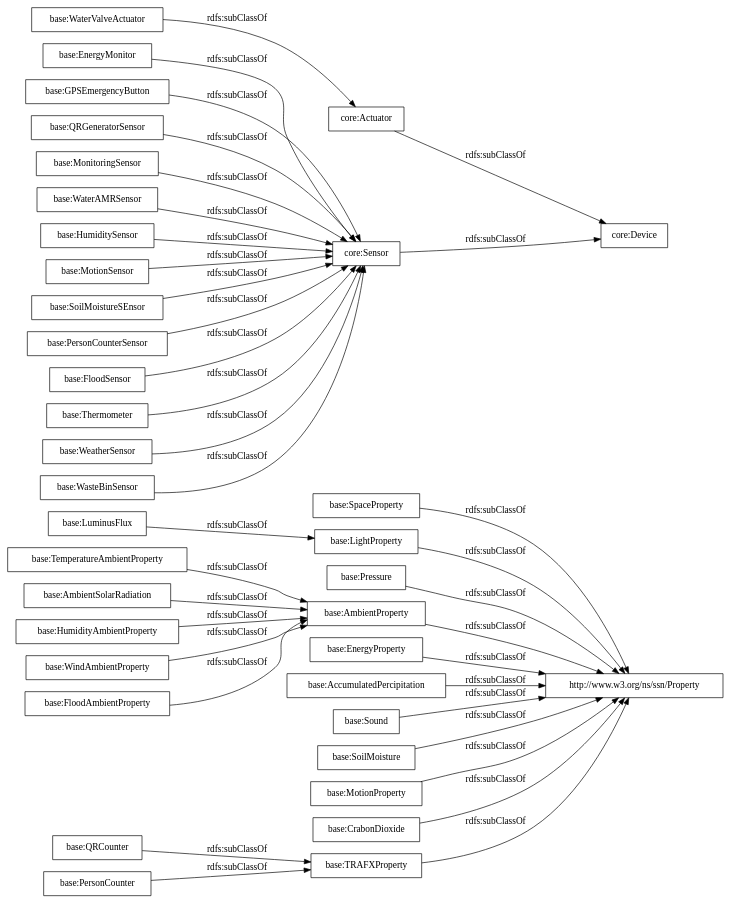
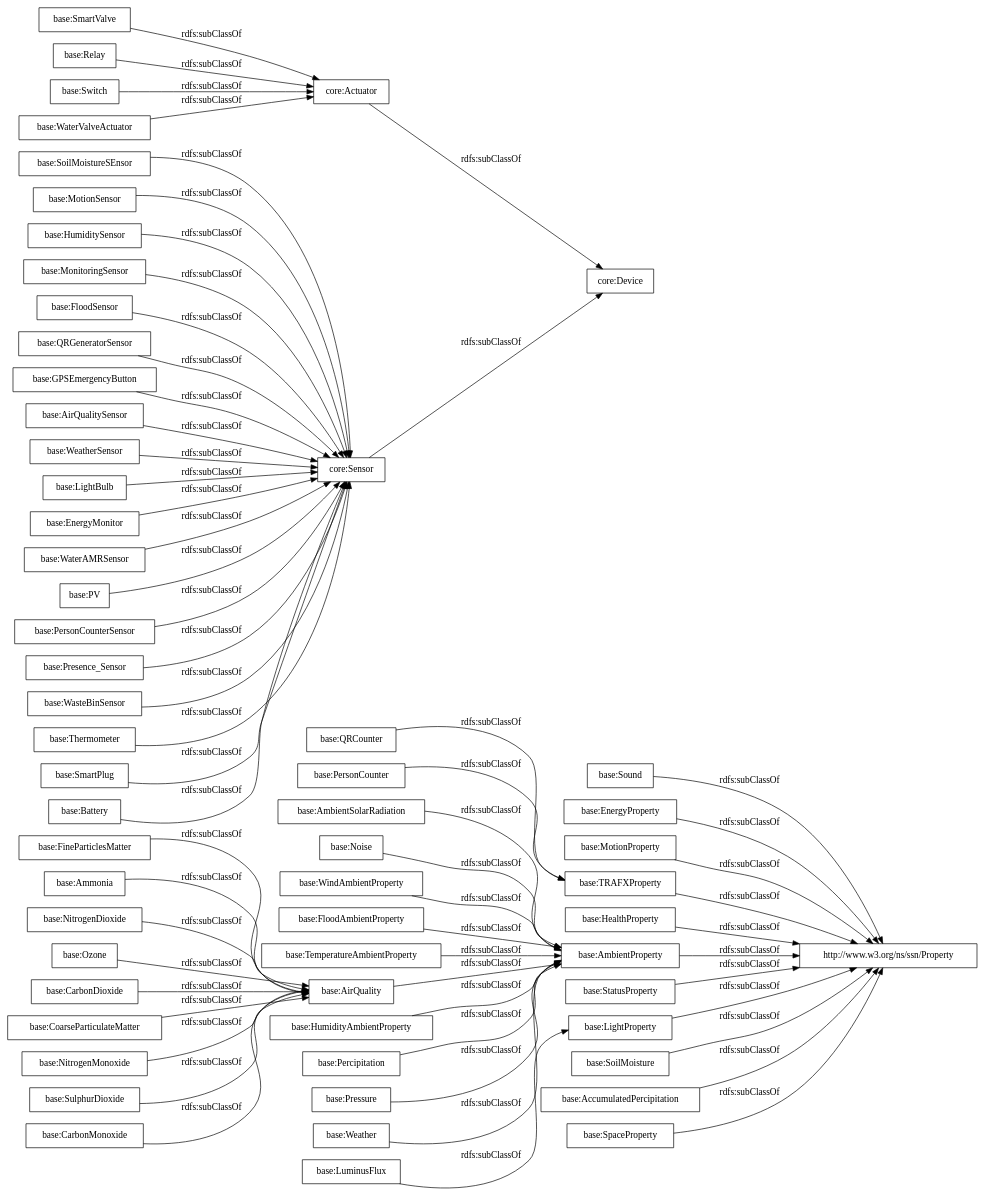
One commit to oeg-upm/auroral-adapters-ontology changed the diagram in OnToology/Ontology/adapters-ontology.owl/diagrams/ar2dtool-taxonomy/adapters-ontology.owl.png.dot. Above: the diagram before and after it, drawn with Graphviz. The commit also changed 11 other files, not shown here.

```diff
--- a/OnToology/Ontology/adapters-ontology.owl/diagrams/ar2dtool-taxonomy/adapters-ontology.owl.png.dot
+++ b/OnToology/Ontology/adapters-ontology.owl/diagrams/ar2dtool-taxonomy/adapters-ontology.owl.png.dot
@@ -1,41 +1,64 @@
 digraph ar2dtool_diagram { 
 rankdir=LR;
 size="1000"
-node [shape = rectangle, color="black"]; "base:TRAFXProperty" "base:TemperatureAmbientProperty" "base:SpaceProperty" "base:LightProperty" "base:EnergyMonitor" "base:QRGeneratorSensor" "base:Pressure" "base:MonitoringSensor" "base:WaterAMRSensor" "base:AmbientProperty" "base:HumiditySensor" "base:AmbientSolarRadiation" "core:Actuator" "base:HumidityAmbientProperty" "base:MotionSensor" "base:LuminusFlux" "base:WindAmbientProperty" "base:WaterValveActuator" "base:EnergyProperty" "base:AccumulatedPercipitation" "base:QRCounter" "base:SoilMoistureSEnsor" "base:PersonCounterSensor" "base:FloodAmbientProperty" "http://www.w3.org/ns/ssn/Property" "base:Sound" "base:FloodSensor" "core:Device" "base:Thermometer" "base:SoilMoisture" "core:Sensor" "base:PersonCounter" "base:WeatherSensor" "base:WasteBinSensor" "base:MotionProperty" "base:GPSEmergencyButton" "base:CrabonDioxide" ; /*classes style*/
-	"base:EnergyProperty" -> "http://www.w3.org/ns/ssn/Property" [ label = "rdfs:subClassOf" ];
+node [shape = rectangle, color="black"]; "base:Sound" "base:SoilMoistureSEnsor" "base:EnergyProperty" "base:FineParticlesMatter" "base:WaterValveActuator" "base:QRGeneratorSensor" "base:GPSEmergencyButton" "base:Ammonia" "base:AirQualitySensor" "base:NitrogenDioxide" "core:Device" "base:WeatherSensor" "base:Ozone" "base:LightBulb" "base:CarbonDioxide" "base:SmartValve" "core:Sensor" "core:Actuator" "base:QRCounter" "base:AmbientSolarRadiation" "base:EnergyMonitor" "base:WaterAMRSensor" "base:MotionProperty" "base:Noise" "base:Relay" "base:PV" "base:WindAmbientProperty" "base:FloodAmbientProperty" "base:Switch" "base:PersonCounterSensor" "base:TRAFXProperty" "base:Presence_Sensor" "base:WasteBinSensor" "base:TemperatureAmbientProperty" "base:LuminusFlux" "base:Thermometer" "base:HealthProperty" "base:AmbientProperty" "base:AirQuality" "base:HumidityAmbientProperty" "base:SmartPlug" "base:Battery" "base:StatusProperty" "base:MotionSensor" "base:LightProperty" "base:CoarseParticulateMatter" "base:Percipitation" "base:HumiditySensor" "base:SoilMoisture" "base:AccumulatedPercipitation" "base:NitrogenMonoxide" "base:MonitoringSensor" "base:Pressure" "base:SulphurDioxide" "base:PersonCounter" "base:FloodSensor" "base:SpaceProperty" "http://www.w3.org/ns/ssn/Property" "base:Weather" "base:CarbonMonoxide" ; /*classes style*/
+	"base:MonitoringSensor" -> "core:Sensor" [ label = "rdfs:subClassOf" ];
+	"base:FineParticlesMatter" -> "base:AirQuality" [ label = "rdfs:subClassOf" ];
+	"base:PersonCounterSensor" -> "core:Sensor" [ label = "rdfs:subClassOf" ];
+	"base:Battery" -> "core:Sensor" [ label = "rdfs:subClassOf" ];
 	"base:WeatherSensor" -> "core:Sensor" [ label = "rdfs:subClassOf" ];
-	"base:PersonCounterSensor" -> "core:Sensor" [ label = "rdfs:subClassOf" ];
-	"base:QRGeneratorSensor" -> "core:Sensor" [ label = "rdfs:subClassOf" ];
-	"base:CrabonDioxide" -> "http://www.w3.org/ns/ssn/Property" [ label = "rdfs:subClassOf" ];
-	"base:PersonCounter" -> "base:TRAFXProperty" [ label = "rdfs:subClassOf" ];
-	"base:HumiditySensor" -> "core:Sensor" [ label = "rdfs:subClassOf" ];
-	"base:MotionProperty" -> "http://www.w3.org/ns/ssn/Property" [ label = "rdfs:subClassOf" ];
-	"base:WasteBinSensor" -> "core:Sensor" [ label = "rdfs:subClassOf" ];
-	"base:QRCounter" -> "base:TRAFXProperty" [ label = "rdfs:subClassOf" ];
-	"base:AmbientProperty" -> "http://www.w3.org/ns/ssn/Property" [ label = "rdfs:subClassOf" ];
-	"base:HumidityAmbientProperty" -> "base:AmbientProperty" [ label = "rdfs:subClassOf" ];
-	"base:MotionSensor" -> "core:Sensor" [ label = "rdfs:subClassOf" ];
-	"base:SoilMoisture" -> "http://www.w3.org/ns/ssn/Property" [ label = "rdfs:subClassOf" ];
-	"base:FloodAmbientProperty" -> "base:AmbientProperty" [ label = "rdfs:subClassOf" ];
-	"base:MonitoringSensor" -> "core:Sensor" [ label = "rdfs:subClassOf" ];
-	"base:GPSEmergencyButton" -> "core:Sensor" [ label = "rdfs:subClassOf" ];
-	"base:EnergyMonitor" -> "core:Sensor" [ label = "rdfs:subClassOf" ];
-	"base:FloodSensor" -> "core:Sensor" [ label = "rdfs:subClassOf" ];
-	"base:SoilMoistureSEnsor" -> "core:Sensor" [ label = "rdfs:subClassOf" ];
-	"base:Sound" -> "http://www.w3.org/ns/ssn/Property" [ label = "rdfs:subClassOf" ];
-	"base:WindAmbientProperty" -> "base:AmbientProperty" [ label = "rdfs:subClassOf" ];
-	"base:Pressure" -> "http://www.w3.org/ns/ssn/Property" [ label = "rdfs:subClassOf" ];
+	"base:Presence_Sensor" -> "core:Sensor" [ label = "rdfs:subClassOf" ];
+	"base:SulphurDioxide" -> "base:AirQuality" [ label = "rdfs:subClassOf" ];
+	"base:Percipitation" -> "base:AmbientProperty" [ label = "rdfs:subClassOf" ];
+	"core:Sensor" -> "core:Device" [ label = "rdfs:subClassOf" ];
+	"base:Ammonia" -> "base:AirQuality" [ label = "rdfs:subClassOf" ];
+	"base:HealthProperty" -> "http://www.w3.org/ns/ssn/Property" [ label = "rdfs:subClassOf" ];
+	"base:TRAFXProperty" -> "http://www.w3.org/ns/ssn/Property" [ label = "rdfs:subClassOf" ];
+	"base:NitrogenDioxide" -> "base:AirQuality" [ label = "rdfs:subClassOf" ];
+	"base:Switch" -> "core:Actuator" [ label = "rdfs:subClassOf" ];
+	"base:SmartPlug" -> "core:Sensor" [ label = "rdfs:subClassOf" ];
+	"base:LightBulb" -> "core:Sensor" [ label = "rdfs:subClassOf" ];
+	"base:SpaceProperty" -> "http://www.w3.org/ns/ssn/Property" [ label = "rdfs:subClassOf" ];
 	"base:LuminusFlux" -> "base:LightProperty" [ label = "rdfs:subClassOf" ];
-	"base:WaterAMRSensor" -> "core:Sensor" [ label = "rdfs:subClassOf" ];
-	"core:Sensor" -> "core:Device" [ label = "rdfs:subClassOf" ];
-	"core:Actuator" -> "core:Device" [ label = "rdfs:subClassOf" ];
-	"base:LightProperty" -> "http://www.w3.org/ns/ssn/Property" [ label = "rdfs:subClassOf" ];
-	"base:AccumulatedPercipitation" -> "http://www.w3.org/ns/ssn/Property" [ label = "rdfs:subClassOf" ];
+	"base:Pressure" -> "base:AmbientProperty" [ label = "rdfs:subClassOf" ];
 	"base:Thermometer" -> "core:Sensor" [ label = "rdfs:subClassOf" ];
 	"base:TemperatureAmbientProperty" -> "base:AmbientProperty" [ label = "rdfs:subClassOf" ];
-	"base:SpaceProperty" -> "http://www.w3.org/ns/ssn/Property" [ label = "rdfs:subClassOf" ];
+	"core:Actuator" -> "core:Device" [ label = "rdfs:subClassOf" ];
+	"base:GPSEmergencyButton" -> "core:Sensor" [ label = "rdfs:subClassOf" ];
+	"base:PersonCounter" -> "base:TRAFXProperty" [ label = "rdfs:subClassOf" ];
+	"base:LightProperty" -> "http://www.w3.org/ns/ssn/Property" [ label = "rdfs:subClassOf" ];
+	"base:NitrogenMonoxide" -> "base:AirQuality" [ label = "rdfs:subClassOf" ];
+	"base:CarbonMonoxide" -> "base:AirQuality" [ label = "rdfs:subClassOf" ];
+	"base:Relay" -> "core:Actuator" [ label = "rdfs:subClassOf" ];
+	"base:WindAmbientProperty" -> "base:AmbientProperty" [ label = "rdfs:subClassOf" ];
+	"base:SoilMoisture" -> "http://www.w3.org/ns/ssn/Property" [ label = "rdfs:subClassOf" ];
+	"base:QRCounter" -> "base:TRAFXProperty" [ label = "rdfs:subClassOf" ];
+	"base:MotionProperty" -> "http://www.w3.org/ns/ssn/Property" [ label = "rdfs:subClassOf" ];
+	"base:HumidityAmbientProperty" -> "base:AmbientProperty" [ label = "rdfs:subClassOf" ];
+	"base:EnergyProperty" -> "http://www.w3.org/ns/ssn/Property" [ label = "rdfs:subClassOf" ];
 	"base:WaterValveActuator" -> "core:Actuator" [ label = "rdfs:subClassOf" ];
+	"base:FloodAmbientProperty" -> "base:AmbientProperty" [ label = "rdfs:subClassOf" ];
 	"base:AmbientSolarRadiation" -> "base:AmbientProperty" [ label = "rdfs:subClassOf" ];
-	"base:TRAFXProperty" -> "http://www.w3.org/ns/ssn/Property" [ label = "rdfs:subClassOf" ];
+	"base:AccumulatedPercipitation" -> "http://www.w3.org/ns/ssn/Property" [ label = "rdfs:subClassOf" ];
+	"base:SmartValve" -> "core:Actuator" [ label = "rdfs:subClassOf" ];
+	"base:AmbientProperty" -> "http://www.w3.org/ns/ssn/Property" [ label = "rdfs:subClassOf" ];
+	"base:AirQualitySensor" -> "core:Sensor" [ label = "rdfs:subClassOf" ];
+	"base:CarbonDioxide" -> "base:AirQuality" [ label = "rdfs:subClassOf" ];
+	"base:Noise" -> "base:AmbientProperty" [ label = "rdfs:subClassOf" ];
+	"base:WasteBinSensor" -> "core:Sensor" [ label = "rdfs:subClassOf" ];
+	"base:AirQuality" -> "base:AmbientProperty" [ label = "rdfs:subClassOf" ];
+	"base:MotionSensor" -> "core:Sensor" [ label = "rdfs:subClassOf" ];
+	"base:HumiditySensor" -> "core:Sensor" [ label = "rdfs:subClassOf" ];
+	"base:FloodSensor" -> "core:Sensor" [ label = "rdfs:subClassOf" ];
+	"base:CoarseParticulateMatter" -> "base:AirQuality" [ label = "rdfs:subClassOf" ];
+	"base:StatusProperty" -> "http://www.w3.org/ns/ssn/Property" [ label = "rdfs:subClassOf" ];
+	"base:PV" -> "core:Sensor" [ label = "rdfs:subClassOf" ];
+	"base:Weather" -> "base:AmbientProperty" [ label = "rdfs:subClassOf" ];
+	"base:Sound" -> "http://www.w3.org/ns/ssn/Property" [ label = "rdfs:subClassOf" ];
+	"base:EnergyMonitor" -> "core:Sensor" [ label = "rdfs:subClassOf" ];
+	"base:Ozone" -> "base:AirQuality" [ label = "rdfs:subClassOf" ];
+	"base:WaterAMRSensor" -> "core:Sensor" [ label = "rdfs:subClassOf" ];
+	"base:SoilMoistureSEnsor" -> "core:Sensor" [ label = "rdfs:subClassOf" ];
+	"base:QRGeneratorSensor" -> "core:Sensor" [ label = "rdfs:subClassOf" ];
 
 }
```
